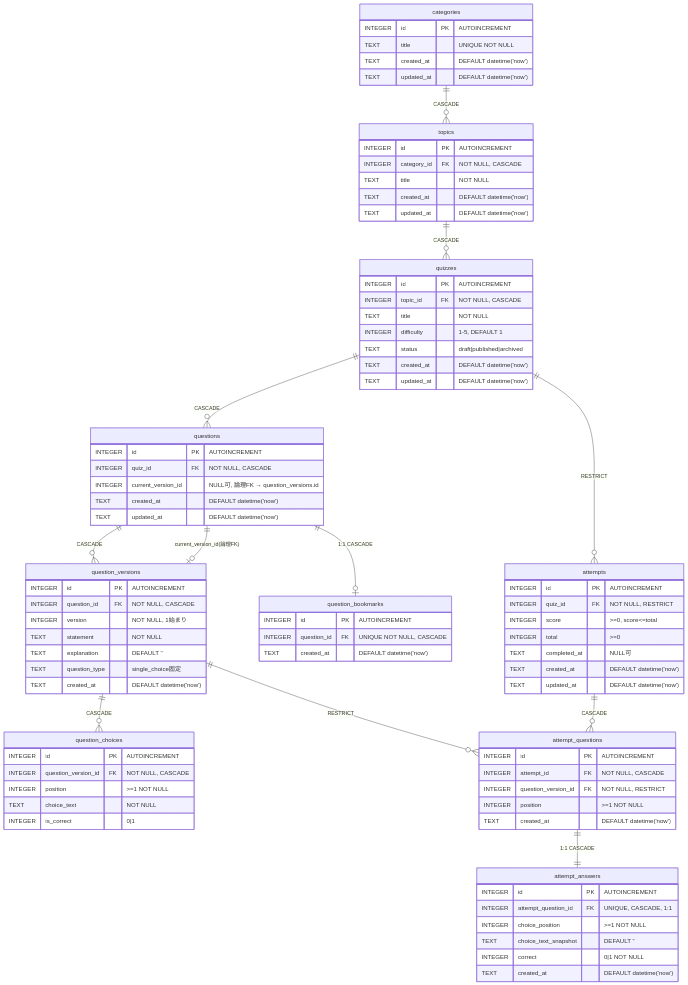
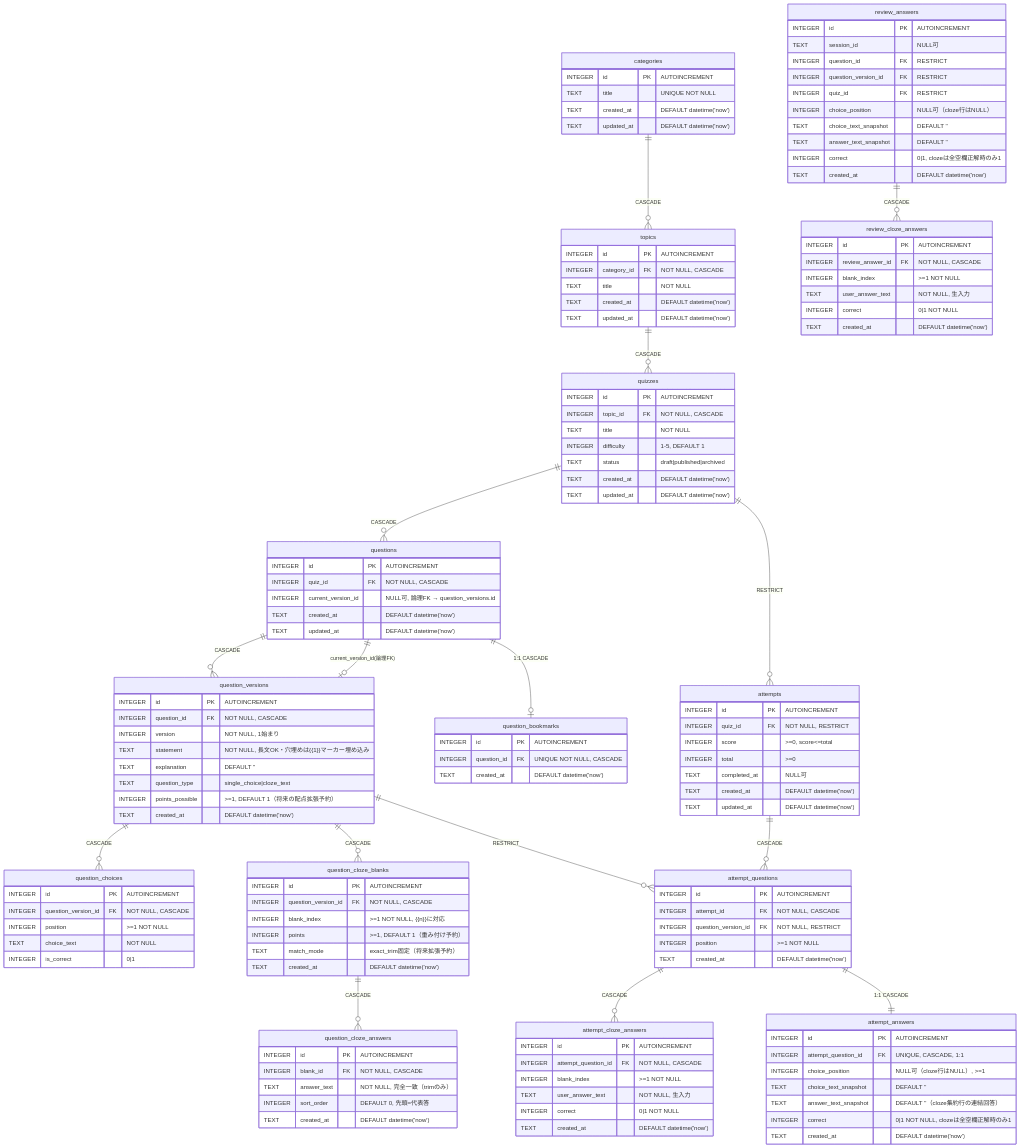
The diagram in docs/er-diagram.md (koya1616/kumon-ikanai-mon), drawn with Mermaid before and after one commit. The commit also changed other lines of this file and 21 other files, not shown here.

First line of the commit message:
記述式穴埋め問題(cloze_text)に対応し4択との混在クイズを可能にする

```diff
--- a/docs/er-diagram.md
+++ b/docs/er-diagram.md
@@ -37,9 +37,10 @@
         INTEGER id PK "AUTOINCREMENT"
         INTEGER question_id FK "NOT NULL, CASCADE"
         INTEGER version "NOT NULL, 1始まり"
-        TEXT statement "NOT NULL"
+        TEXT statement "NOT NULL, 長文OK・穴埋めは{{1}}マーカー埋め込み"
         TEXT explanation "DEFAULT ''"
-        TEXT question_type "single_choice固定"
+        TEXT question_type "single_choice|cloze_text"
+        INTEGER points_possible ">=1, DEFAULT 1（将来の配点拡張予約）"
         TEXT created_at "DEFAULT datetime('now')"
     }
     question_choices {
@@ -68,8 +69,52 @@
     attempt_answers {
         INTEGER id PK "AUTOINCREMENT"
         INTEGER attempt_question_id FK "UNIQUE, CASCADE, 1:1"
-        INTEGER choice_position ">=1 NOT NULL"
+        INTEGER choice_position "NULL可（cloze行はNULL）, >=1"
         TEXT choice_text_snapshot "DEFAULT ''"
+        TEXT answer_text_snapshot "DEFAULT ''（cloze集約行の連結回答）"
+        INTEGER correct "0|1 NOT NULL, clozeは全空欄正解時のみ1"
+        TEXT created_at "DEFAULT datetime('now')"
+    }
+    question_cloze_blanks {
+        INTEGER id PK "AUTOINCREMENT"
+        INTEGER question_version_id FK "NOT NULL, CASCADE"
+        INTEGER blank_index ">=1 NOT NULL, {{n}}に対応"
+        INTEGER points ">=1, DEFAULT 1（重み付け予約）"
+        TEXT match_mode "exact_trim固定（将来拡張予約）"
+        TEXT created_at "DEFAULT datetime('now')"
+    }
+    question_cloze_answers {
+        INTEGER id PK "AUTOINCREMENT"
+        INTEGER blank_id FK "NOT NULL, CASCADE"
+        TEXT answer_text "NOT NULL, 完全一致（trimのみ）"
+        INTEGER sort_order "DEFAULT 0, 先頭=代表答"
+        TEXT created_at "DEFAULT datetime('now')"
+    }
+    attempt_cloze_answers {
+        INTEGER id PK "AUTOINCREMENT"
+        INTEGER attempt_question_id FK "NOT NULL, CASCADE"
+        INTEGER blank_index ">=1 NOT NULL"
+        TEXT user_answer_text "NOT NULL, 生入力"
+        INTEGER correct "0|1 NOT NULL"
+        TEXT created_at "DEFAULT datetime('now')"
+    }
+    review_answers {
+        INTEGER id PK "AUTOINCREMENT"
+        TEXT session_id "NULL可"
+        INTEGER question_id FK "RESTRICT"
+        INTEGER question_version_id FK "RESTRICT"
+        INTEGER quiz_id FK "RESTRICT"
+        INTEGER choice_position "NULL可（cloze行はNULL）"
+        TEXT choice_text_snapshot "DEFAULT ''"
+        TEXT answer_text_snapshot "DEFAULT ''"
+        INTEGER correct "0|1, clozeは全空欄正解時のみ1"
+        TEXT created_at "DEFAULT datetime('now')"
+    }
+    review_cloze_answers {
+        INTEGER id PK "AUTOINCREMENT"
+        INTEGER review_answer_id FK "NOT NULL, CASCADE"
+        INTEGER blank_index ">=1 NOT NULL"
+        TEXT user_answer_text "NOT NULL, 生入力"
         INTEGER correct "0|1 NOT NULL"
         TEXT created_at "DEFAULT datetime('now')"
     }
@@ -85,6 +130,10 @@
     questions ||--o{ question_versions : "CASCADE"
     questions ||--o| question_versions : "current_version_id(論理FK)"
     question_versions ||--o{ question_choices : "CASCADE"
+    question_versions ||--o{ question_cloze_blanks : "CASCADE"
+    question_cloze_blanks ||--o{ question_cloze_answers : "CASCADE"
+    attempt_questions ||--o{ attempt_cloze_answers : "CASCADE"
+    review_answers ||--o{ review_cloze_answers : "CASCADE"
     quizzes ||--o{ attempts : "RESTRICT"
     attempts ||--o{ attempt_questions : "CASCADE"
     question_versions ||--o{ attempt_questions : "RESTRICT"
```
